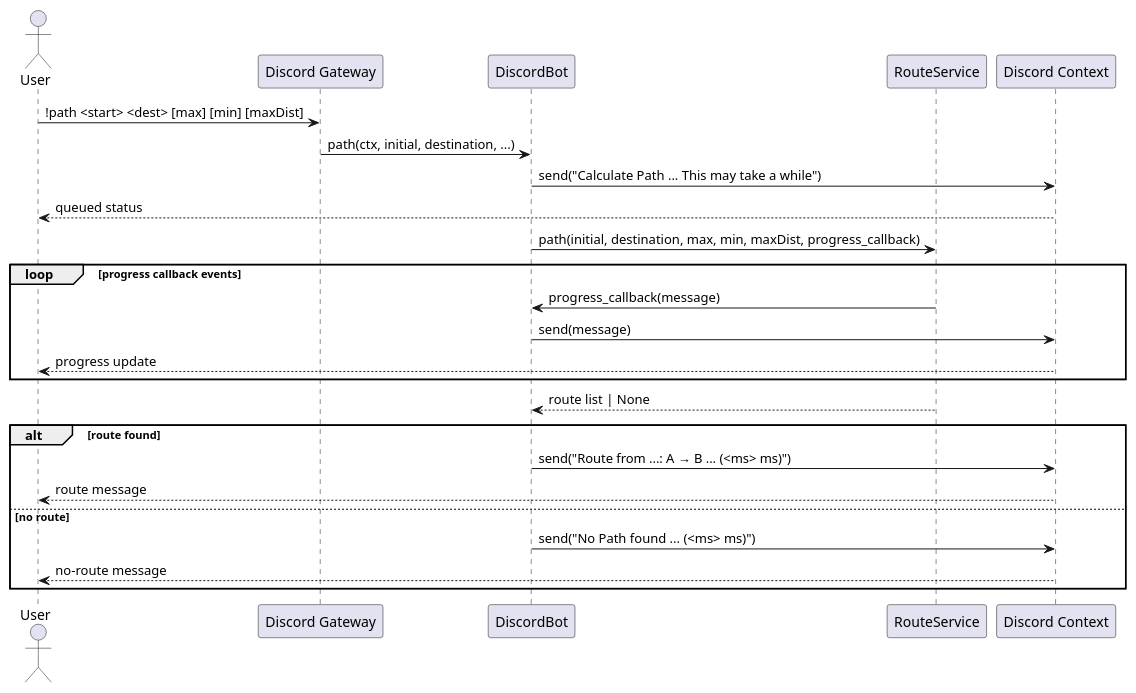
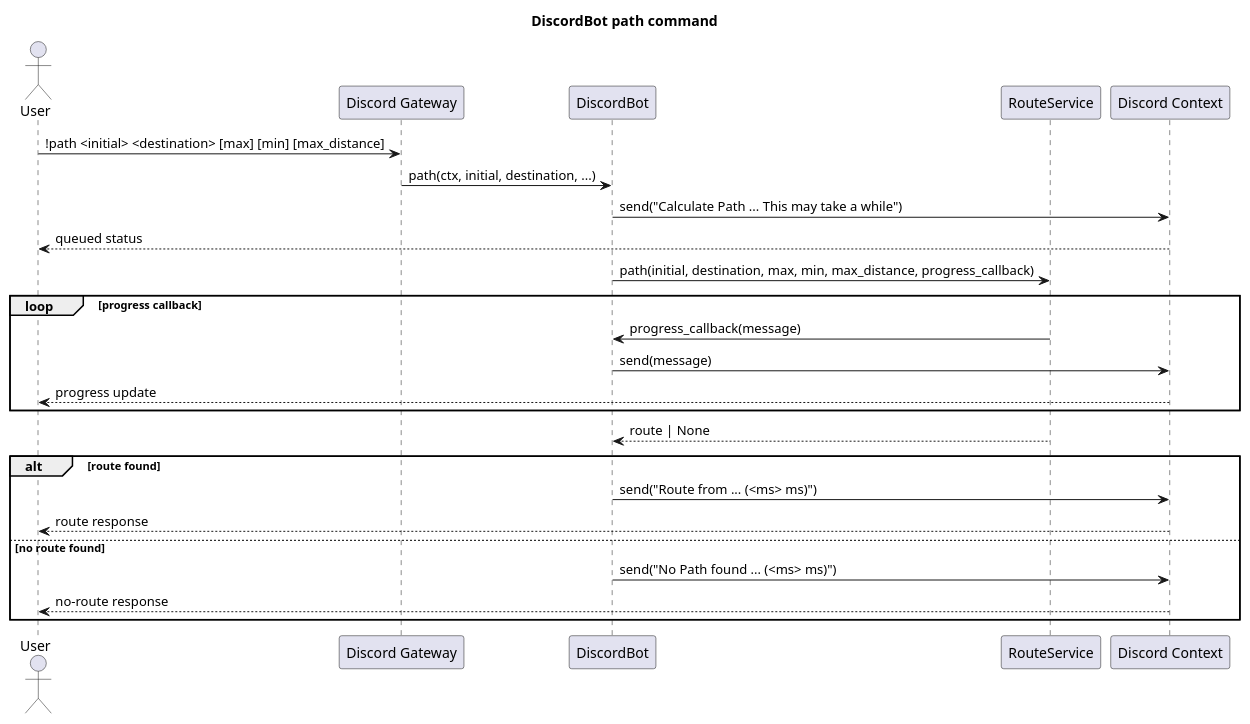
The third of 7 diagrams in docs/discord_bot_sequences.puml (fazleskhan/elite_dangerous_discord_tools), drawn with PlantUML before and after one commit. The commit also changed other lines of this file and 25 other files, not shown here.

Commit message:
updated README.md and sequence diagrams

```diff
--- a/docs/discord_bot_sequences.puml
+++ b/docs/discord_bot_sequences.puml
@@ -38,29 +40,29 @@
 @startuml discord_bot_path
+title DiscordBot path command
 actor User
 participant "Discord Gateway" as Discord
 participant "DiscordBot" as Bot
 participant "RouteService" as Route
 participant "Discord Context" as Ctx
 
-User -> Discord : !path <start> <dest> [max] [min] [maxDist]
+User -> Discord : !path <initial> <destination> [max] [min] [max_distance]
 Discord -> Bot : path(ctx, initial, destination, ...)
 Bot -> Ctx : send("Calculate Path ... This may take a while")
 Ctx --> User : queued status
 
-Bot -> Route : path(initial, destination, max, min, maxDist, progress_callback)
-
-loop progress callback events
+Bot -> Route : path(initial, destination, max, min, max_distance, progress_callback)
+loop progress callback
   Route -> Bot : progress_callback(message)
   Bot -> Ctx : send(message)
   Ctx --> User : progress update
 end
+Route --> Bot : route | None
 
-Route --> Bot : route list | None
 alt route found
-  Bot -> Ctx : send("Route from ...: A → B ... (<ms> ms)")
-  Ctx --> User : route message
-else no route
+  Bot -> Ctx : send("Route from ... (<ms> ms)")
+  Ctx --> User : route response
+else no route found
   Bot -> Ctx : send("No Path found ... (<ms> ms)")
-  Ctx --> User : no-route message
+  Ctx --> User : no-route response
 end
 @enduml
```
